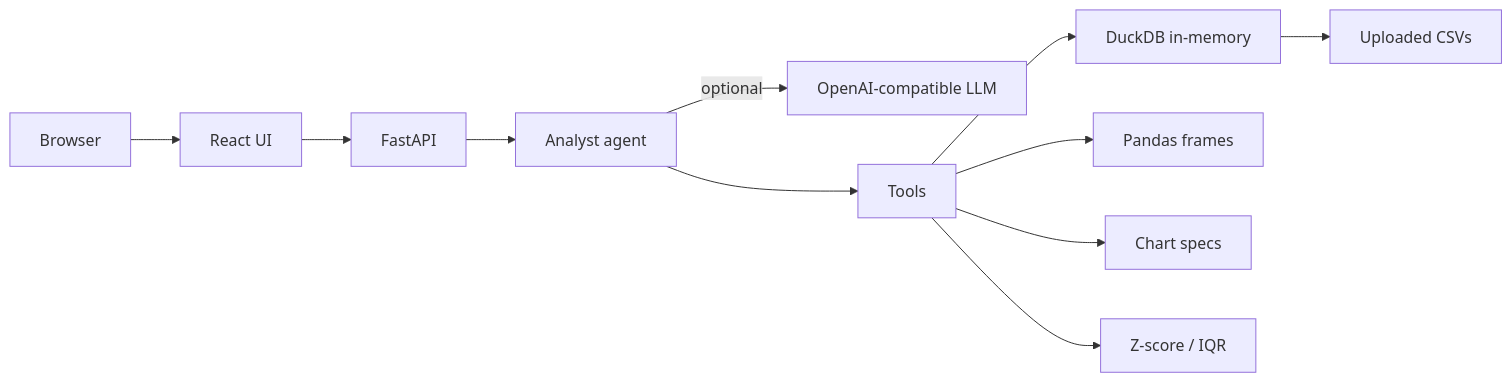
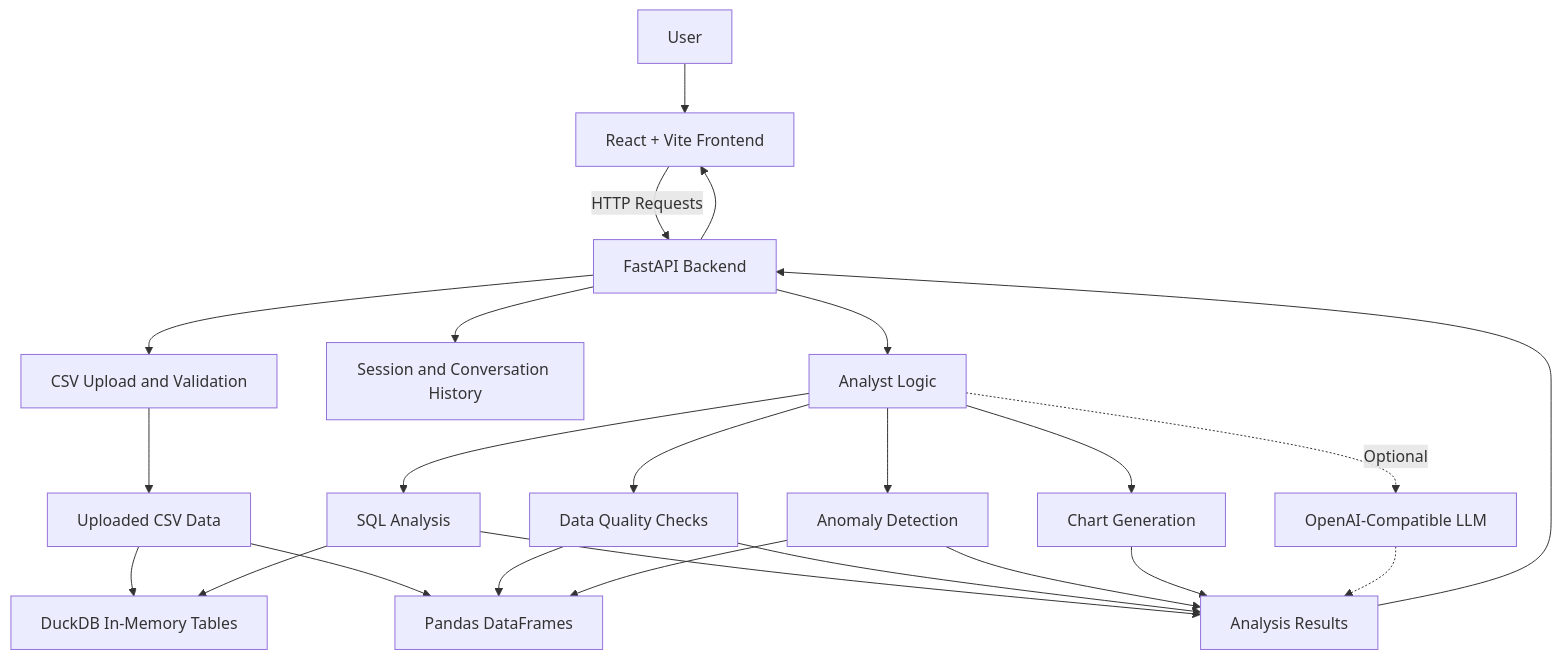
One commit to nehawawale07/lens-ai-data-analyst changed the diagram in README.md. Above: the diagram before and after it, drawn with Mermaid. The commit also changed other lines of this file, not shown here.

Commit message:
Improve README documentation and architecture

````diff
--- a/README.md
+++ b/README.md
@@ -9,13 +50,32 @@
 ```mermaid
-flowchart LR
-  User[Browser] --> UI[React UI]
-  UI --> API[FastAPI]
-  API --> Agent[Analyst agent]
-  Agent -->|optional| LLM[OpenAI-compatible LLM]
-  Agent --> Tools[Tools]
-  Tools --> DuckDB[DuckDB in-memory]
-  Tools --> Pandas[Pandas frames]
-  Tools --> Charts[Chart specs]
-  Tools --> Anom[Z-score / IQR]
-  DuckDB --> CSVs[Uploaded CSVs]
+flowchart TD
+    U[User] --> UI[React + Vite Frontend]
+    UI -->|HTTP Requests| API[FastAPI Backend]
+
+    API --> UP[CSV Upload and Validation]
+    API --> SESSION[Session and Conversation History]
+    API --> AGENT[Analyst Logic]
+
+    UP --> DATA[Uploaded CSV Data]
+    DATA --> DUCK[DuckDB In-Memory Tables]
+    DATA --> PANDAS[Pandas DataFrames]
+
+    AGENT -. Optional .-> LLM[OpenAI-Compatible LLM]
+    AGENT --> SQL[SQL Analysis]
+    AGENT --> QUALITY[Data Quality Checks]
+    AGENT --> ANOM[Anomaly Detection]
+    AGENT --> CHART[Chart Generation]
+
+    SQL --> DUCK
+    QUALITY --> PANDAS
+    ANOM --> PANDAS
+
+    SQL --> RESULT[Analysis Results]
+    QUALITY --> RESULT
+    ANOM --> RESULT
+    CHART --> RESULT
+    LLM -.-> RESULT
+
+    RESULT --> API
+    API --> UI
 ```
````
